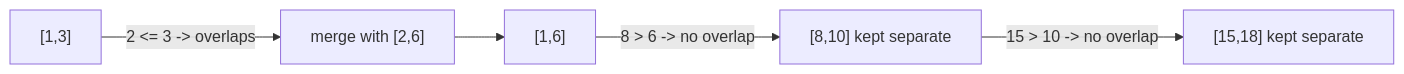
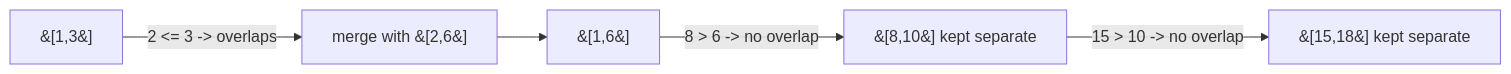
One commit to Aryan-Jadon18/dsa-placement-prep changed the diagram in topics/16-intervals/03-merge-intervals/README.md. Above: the diagram before and after it, drawn with Mermaid. The commit also changed 52 other files, not shown here.

First line of the commit message:
Fix Mermaid diagrams not rendering on GitHub

````diff
--- a/topics/16-intervals/03-merge-intervals/README.md
+++ b/topics/16-intervals/03-merge-intervals/README.md
@@ -56,7 +56,7 @@
 ```mermaid
 flowchart LR
-    A["[1,3]"] -->|"2 <= 3 -> overlaps"| B["merge with [2,6]"]
-    B --> C["[1,6]"]
-    C -->|"8 > 6 -> no overlap"| D["[8,10] kept separate"]
-    D -->|"15 > 10 -> no overlap"| E["[15,18] kept separate"]
+    A["&#91;1,3&#93;"] -->|"2 <= 3 -> overlaps"| B["merge with &#91;2,6&#93;"]
+    B --> C["&#91;1,6&#93;"]
+    C -->|"8 > 6 -> no overlap"| D["&#91;8,10&#93; kept separate"]
+    D -->|"15 > 10 -> no overlap"| E["&#91;15,18&#93; kept separate"]
 ```
````
